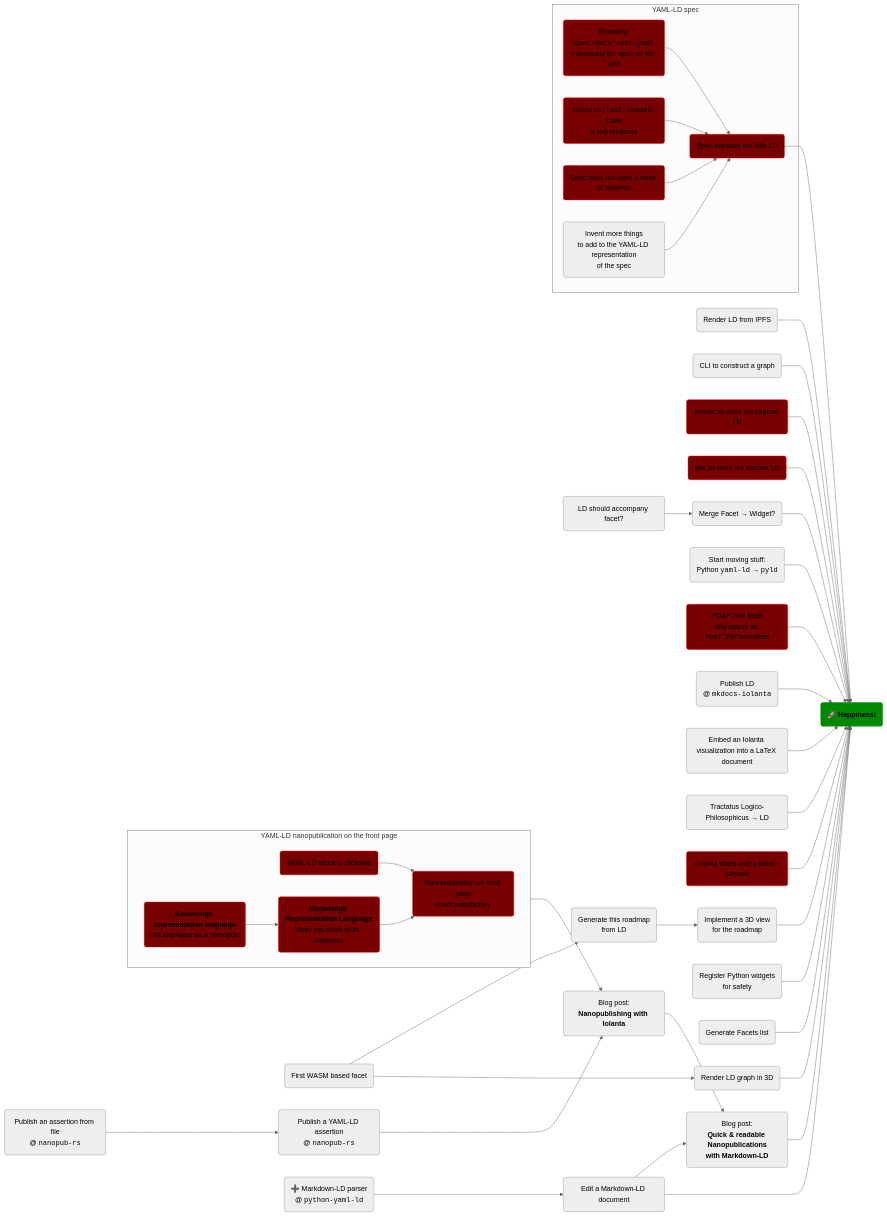
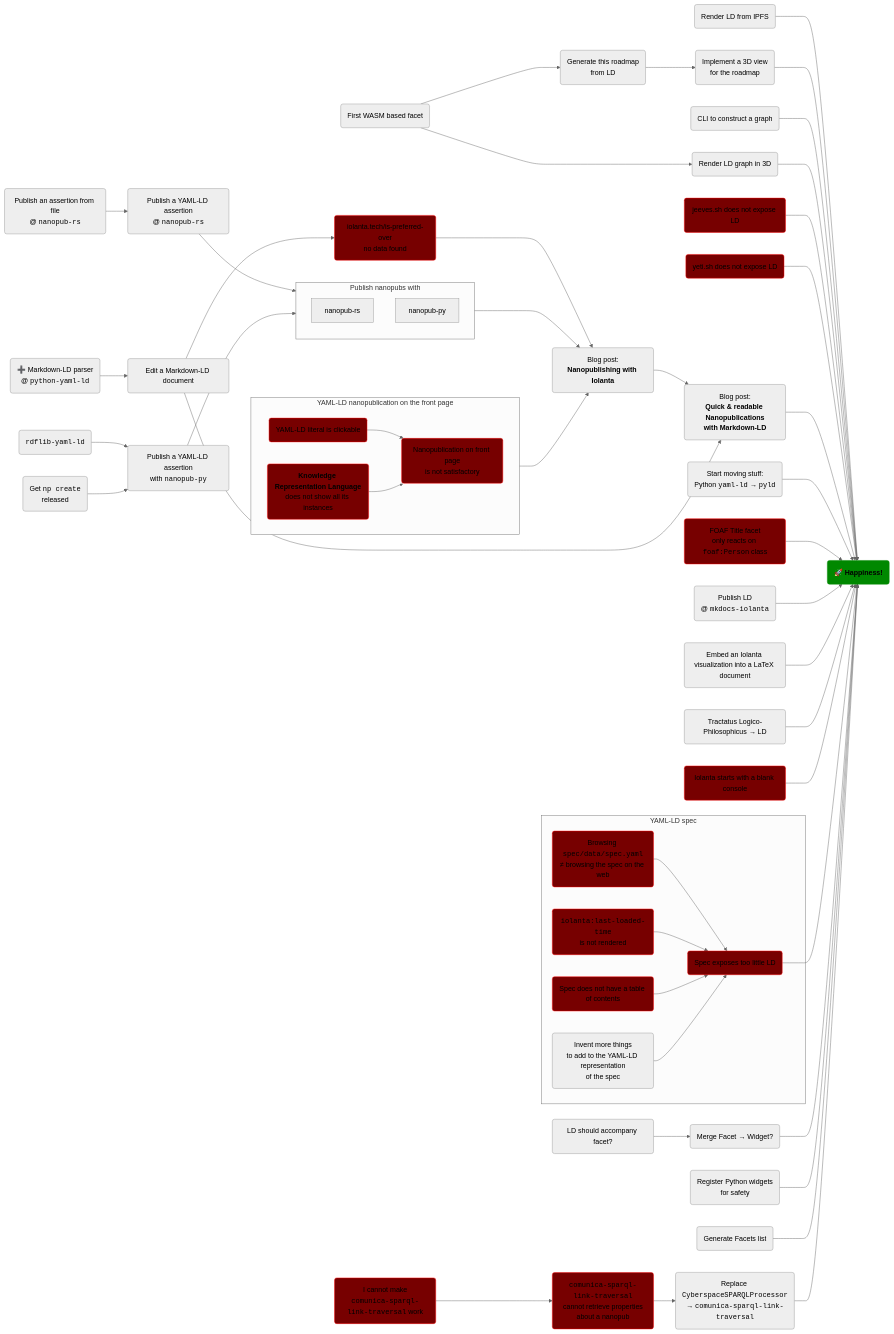
Before and after one commit to iolanta-tech/iolanta: the diagram in docs/roadmap.md, drawn with Mermaid (neutral theme).

Commit message:
#289 Update roadmap

````diff
--- a/docs/roadmap.md
+++ b/docs/roadmap.md
@@ -34,7 +34,7 @@
     
     nanopub-blog-post("Blog post:<br/><strong>Nanopublishing with Iolanta</strong>") --> markdown-nanopub-blog-post("Blog post:<br/><strong>Quick & readable Nanopublications<br/>with Markdown-LD") --> happiness
     
-    nanopub-rs-graph("Publish an assertion from file<br/>@ <code>nanopub-rs</code>") --> nanopub-yaml-ld("Publish a YAML-LD assertion<br/>@ <code>nanopub-rs</code>") --> nanopub-blog-post
+    nanopub-rs-graph("Publish an assertion from file<br/>@ <code>nanopub-rs</code>") --> nanopub-yaml-ld("Publish a YAML-LD assertion<br/>@ <code>nanopub-rs</code>") --> nanopub-rs
     
     plan-yaml-ld-to-pyld("Start moving stuff:<br/>Python <code>yaml-ld</code> → <code>pyld</code>") --> happiness
     
@@ -57,7 +57,7 @@
         click literal-clickable "https://github.com/iolanta-tech/iolanta/issues/260"
         class literal-clickable bug
         
-        fip-term-messy("<strong>Knowledge representation language</strong><br/>not displayed as a Nanopub") --> fip-term-instances("<strong>Knowledge Representation Language</strong><br/>does not show all its instances") --> nanopublication-is-not-satisfactory
+        fip-term-instances("<strong>Knowledge Representation Language</strong><br/>does not show all its instances") --> nanopublication-is-not-satisfactory
         class fip-term-messy bug
         class fip-term-instances bug
     end
@@ -87,10 +87,28 @@
     
     python-yaml-ld-markdown-ld("➕ Markdown-LD parser<br/>@ <code>python-yaml-ld</code>") --> markdown-ld("Edit a Markdown-LD document") --> markdown-nanopub-blog-post
     click markdown-ld "https://github.com/iolanta-tech/iolanta/issues/261"
-    markdown-ld --> happiness
+    markdown-ld --> no-data("iolanta.tech/is-preferred-over<br/>no data found") --> nanopub-blog-post
+    class no-data bug
     
     generate-facets-list("Generate Facets list") --> happiness
-    click generate-facets-list "http://localhost:6451/Facet/"
+    click generate-facets-list "/Facet/"
+    
+    comunica-anything("I cannot make<br/><code>comunica-sparql-link-traversal</code> work") --> comunica-np("<code>comunica-sparql-link-traversal</code><br/>cannot retrieve properties<br/>about a nanopub") -->  use-comunica("Replace <code>CyberspaceSPARQLProcessor</code><br/>→ <code>comunica-sparql-link-traversal</code>") --> happiness
+    
+    subgraph nanopub-tool["Publish nanopubs with"]
+        direction TB
+        nanopub-rs["nanopub-rs"]
+        nanopub-py["nanopub-py"]
+    end
+    
+    nanopub-tool --> nanopub-blog-post
+    
+    rdflib-yaml-ld("<code>rdflib-yaml-ld</code>") --> publish-yaml-ld-with-nanopub-py("Publish a YAML-LD assertion<br/>with <code>nanopub-py</code>") --> nanopub-py
+    
+    np-create("Get <code>np create</code><br/>released") --> publish-yaml-ld-with-nanopub-py
+
+    class comunica-anything bug
+    class comunica-np bug
         
     classDef bug fill:#700,stroke:#f00,stroke-width:1px;
 ```
````
